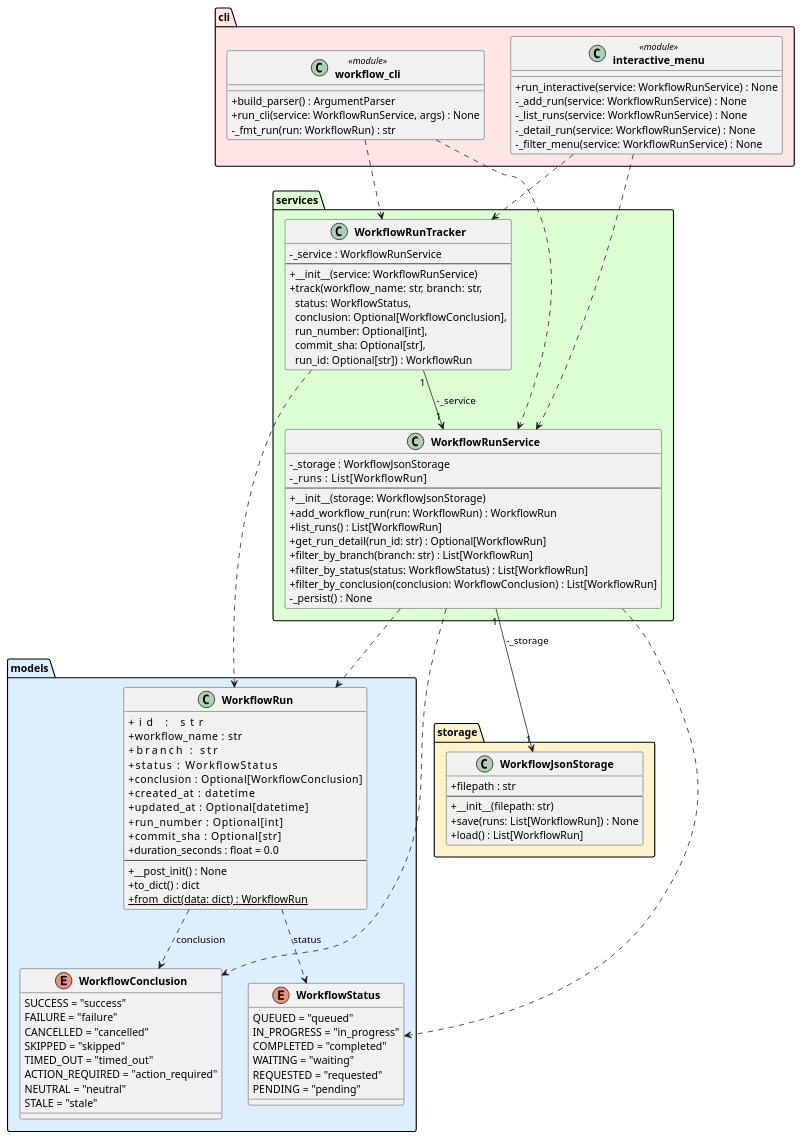
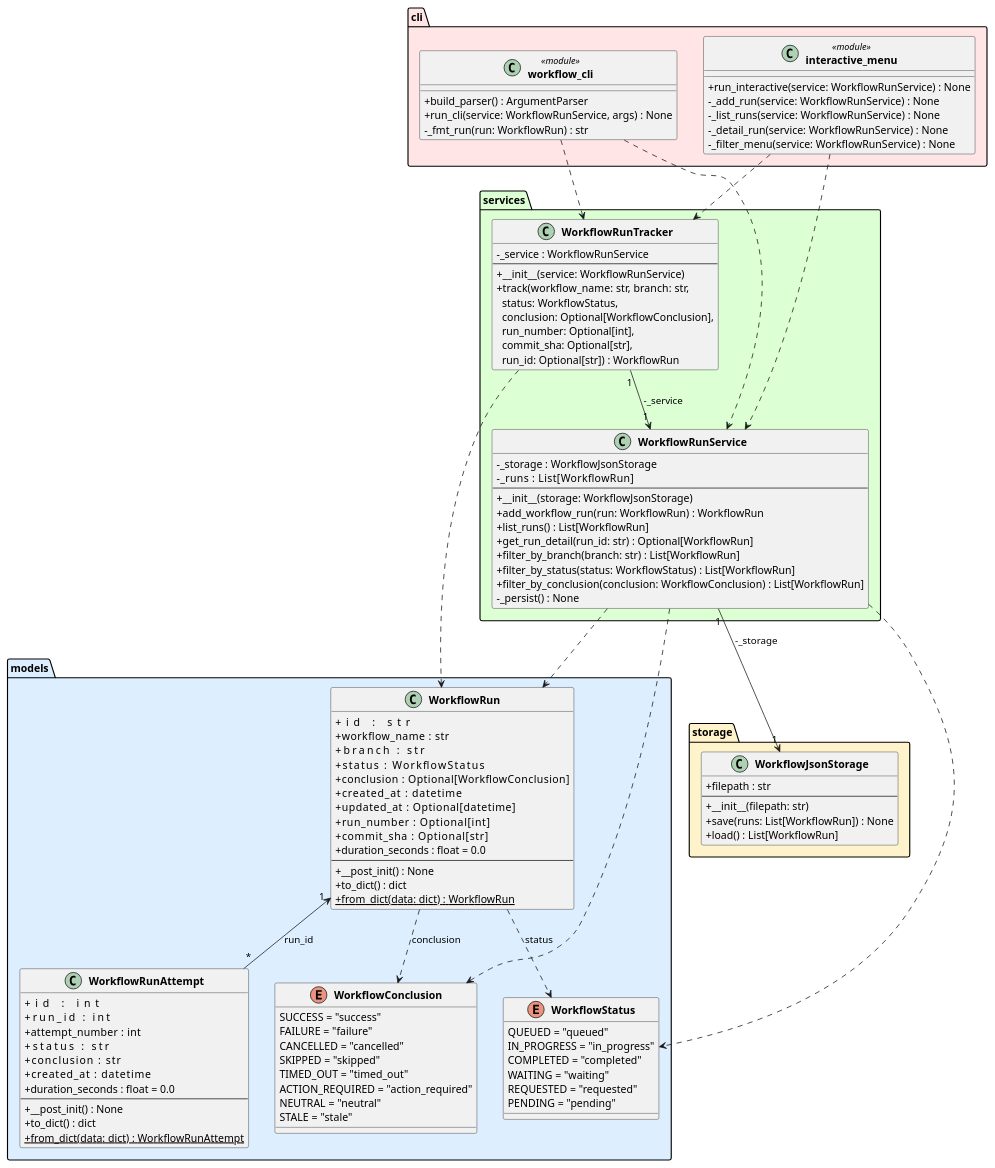
The diagram in experiments/supervisor_as_tools/test_driven/github-workflow-manager/artifacts/class_diagram.puml (DanielRiha8906/Software_autoevolution_using_agents), drawn with PlantUML before and after one commit. The commit also changed 4 other files, not shown here.

First line of the commit message:
task 03 | Create WorkflowRunAttempt domain object

```diff
--- a/experiments/supervisor_as_tools/test_driven/github-workflow-manager/artifacts/class_diagram.puml
+++ b/experiments/supervisor_as_tools/test_driven/github-workflow-manager/artifacts/class_diagram.puml
@@ -1,107 +1,122 @@
 @startuml class_diagram
 
 skinparam classAttributeIconSize 0
 skinparam classFontStyle bold
 
 package "models" #DDEEFF {
     enum WorkflowStatus {
         QUEUED = "queued"
         IN_PROGRESS = "in_progress"
         COMPLETED = "completed"
         WAITING = "waiting"
         REQUESTED = "requested"
         PENDING = "pending"
     }
 
     enum WorkflowConclusion {
         SUCCESS = "success"
         FAILURE = "failure"
         CANCELLED = "cancelled"
         SKIPPED = "skipped"
         TIMED_OUT = "timed_out"
         ACTION_REQUIRED = "action_required"
         NEUTRAL = "neutral"
         STALE = "stale"
     }
 
     class WorkflowRun {
         +id               : str
         +workflow_name    : str
         +branch           : str
         +status           : WorkflowStatus
         +conclusion       : Optional[WorkflowConclusion]
         +created_at       : datetime
         +updated_at       : Optional[datetime]
         +run_number       : Optional[int]
         +commit_sha       : Optional[str]
         +duration_seconds : float = 0.0
         --
         +__post_init() : None
         +to_dict() : dict
         +{static} from_dict(data: dict) : WorkflowRun
+    }
+
+    class WorkflowRunAttempt {
+        +id               : int
+        +run_id           : int
+        +attempt_number   : int
+        +status           : str
+        +conclusion       : str
+        +created_at       : datetime
+        +duration_seconds : float = 0.0
+        --
+        +__post_init() : None
+        +to_dict() : dict
+        +{static} from_dict(data: dict) : WorkflowRunAttempt
     }
 }
 
 package "storage" #FFF3CC {
     class WorkflowJsonStorage {
         +filepath : str
         --
         +__init__(filepath: str)
         +save(runs: List[WorkflowRun]) : None
         +load() : List[WorkflowRun]
     }
 }
 
 package "services" #DDFFD4 {
     class WorkflowRunService {
         -_storage : WorkflowJsonStorage
         -_runs    : List[WorkflowRun]
         --
         +__init__(storage: WorkflowJsonStorage)
         +add_workflow_run(run: WorkflowRun) : WorkflowRun
         +list_runs() : List[WorkflowRun]
         +get_run_detail(run_id: str) : Optional[WorkflowRun]
         +filter_by_branch(branch: str) : List[WorkflowRun]
         +filter_by_status(status: WorkflowStatus) : List[WorkflowRun]
         +filter_by_conclusion(conclusion: WorkflowConclusion) : List[WorkflowRun]
         -_persist() : None
     }
 
     class WorkflowRunTracker {
         -_service : WorkflowRunService
         --
         +__init__(service: WorkflowRunService)
         +track(workflow_name: str, branch: str,\n  status: WorkflowStatus,\n  conclusion: Optional[WorkflowConclusion],\n  run_number: Optional[int],\n  commit_sha: Optional[str],\n  run_id: Optional[str]) : WorkflowRun
     }
 }
 
 package "cli" #FFE5E5 {
     class "workflow_cli" <<module>> {
         +build_parser() : ArgumentParser
         +run_cli(service: WorkflowRunService, args) : None
         -_fmt_run(run: WorkflowRun) : str
     }
 
     class "interactive_menu" <<module>> {
         +run_interactive(service: WorkflowRunService) : None
         -_add_run(service: WorkflowRunService) : None
         -_list_runs(service: WorkflowRunService) : None
         -_detail_run(service: WorkflowRunService) : None
         -_filter_menu(service: WorkflowRunService) : None
     }
 }
 
 WorkflowRun                ..>  WorkflowStatus        : status
 WorkflowRun                ..>  WorkflowConclusion    : conclusion
+WorkflowRun          "1" <-- "*" WorkflowRunAttempt  : run_id
 WorkflowRunService    "1" --> "1" WorkflowJsonStorage : -_storage
 WorkflowRunService         ..>  WorkflowRun
 WorkflowRunService         ..>  WorkflowStatus
 WorkflowRunService         ..>  WorkflowConclusion
 WorkflowRunTracker    "1" --> "1" WorkflowRunService  : -_service
 WorkflowRunTracker         ..>  WorkflowRun
 "workflow_cli"             ..>  WorkflowRunService
 "workflow_cli"             ..>  WorkflowRunTracker
 "interactive_menu"         ..>  WorkflowRunService
 "interactive_menu"         ..>  WorkflowRunTracker
 
 @enduml
```
